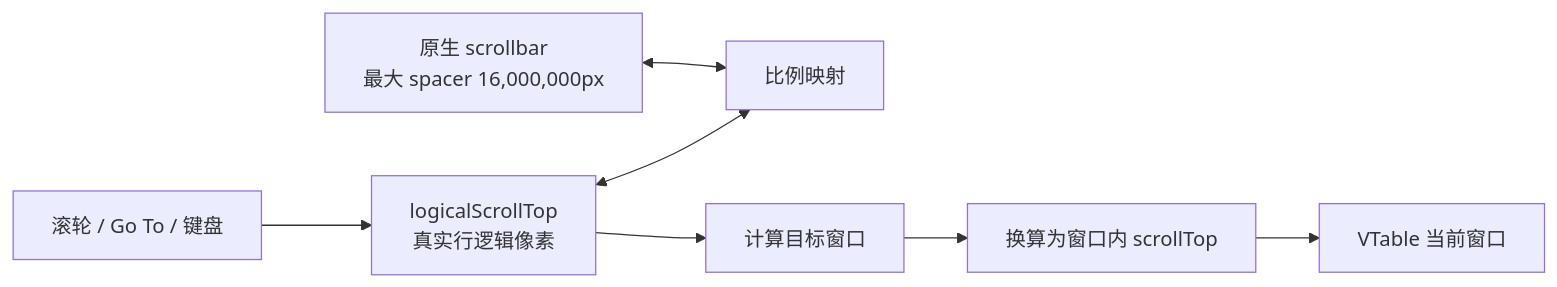
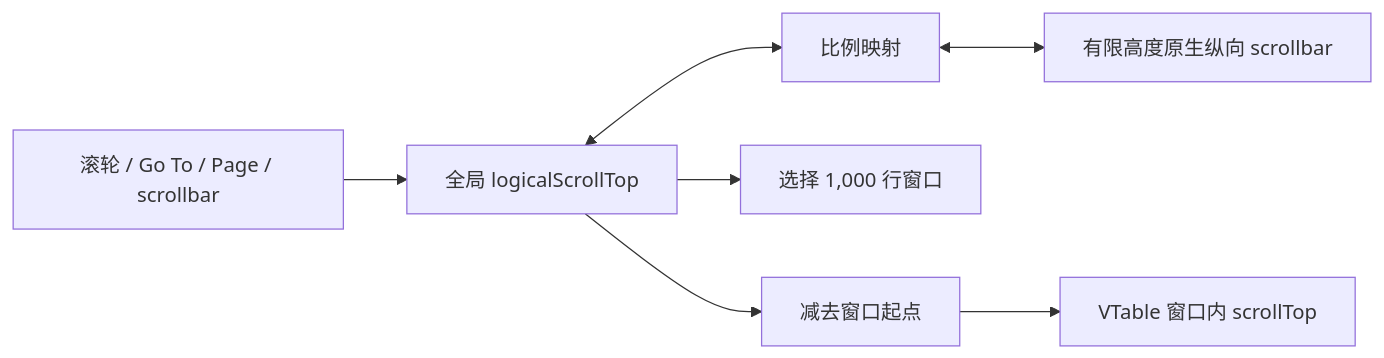
Before and after one commit to a306796405/huge-vtable: the fifth of 12 diagrams in docs/v22-lite-markdown-technical-solution.md, drawn with Mermaid. The commit also changed other lines of this file and 2 other files, not shown here.

````diff
--- a/docs/v22-lite-markdown-technical-solution.md
+++ b/docs/v22-lite-markdown-technical-solution.md
@@ -121,9 +319,9 @@
 ```mermaid
 flowchart LR
-    Wheel["滚轮 / Go To / 键盘"] --> Logical["logicalScrollTop<br/>真实行逻辑像素"]
-    Native["原生 scrollbar<br/>最大 spacer 16,000,000px"] <--> Map["比例映射"]
-    Logical <--> Map
-    Logical --> Window["计算目标窗口"]
-    Window --> Local["换算为窗口内 scrollTop"]
-    Local --> VTable["VTable 当前窗口"]
+    Input["滚轮 / Go To / Page / scrollbar"] --> Logical["全局 logicalScrollTop"]
+    Logical <--> Map["比例映射"]
+    Map <--> Native["有限高度原生纵向 scrollbar"]
+    Logical --> Window["选择 1,000 行窗口"]
+    Logical --> Local["减去窗口起点"]
+    Local --> VTable["VTable 窗口内 scrollTop"]
 ```
````
